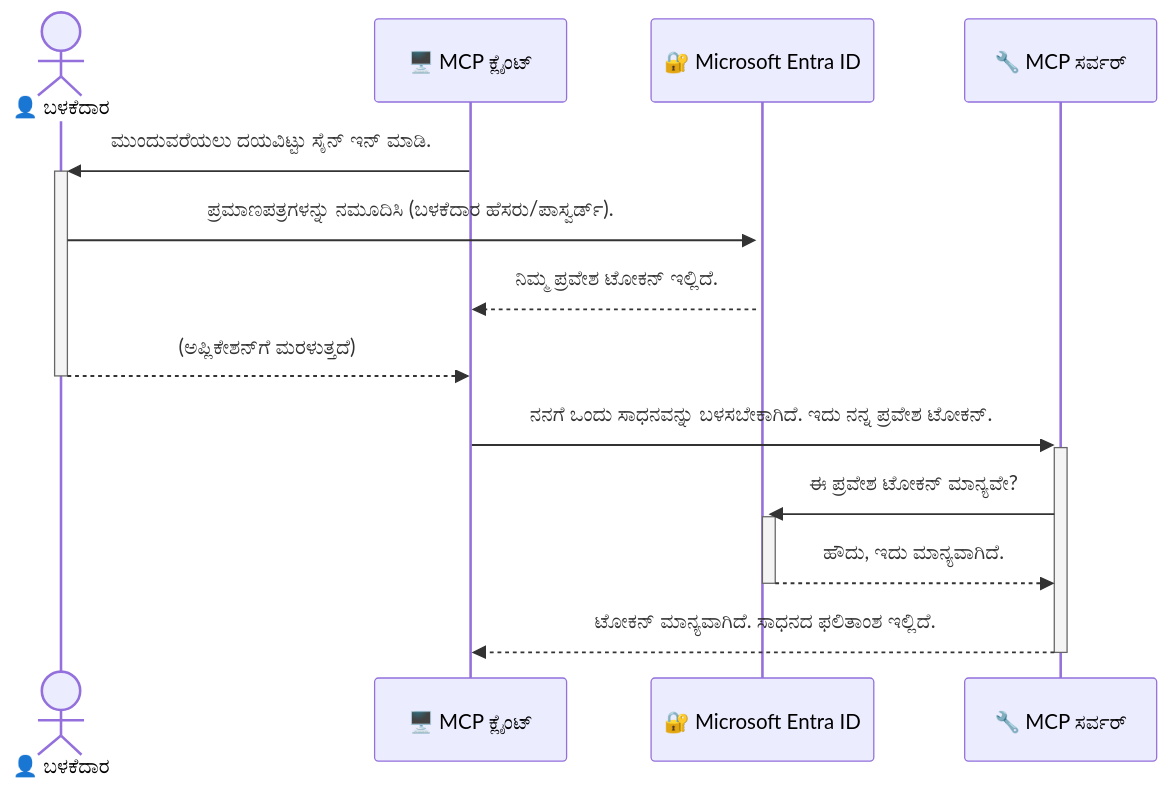
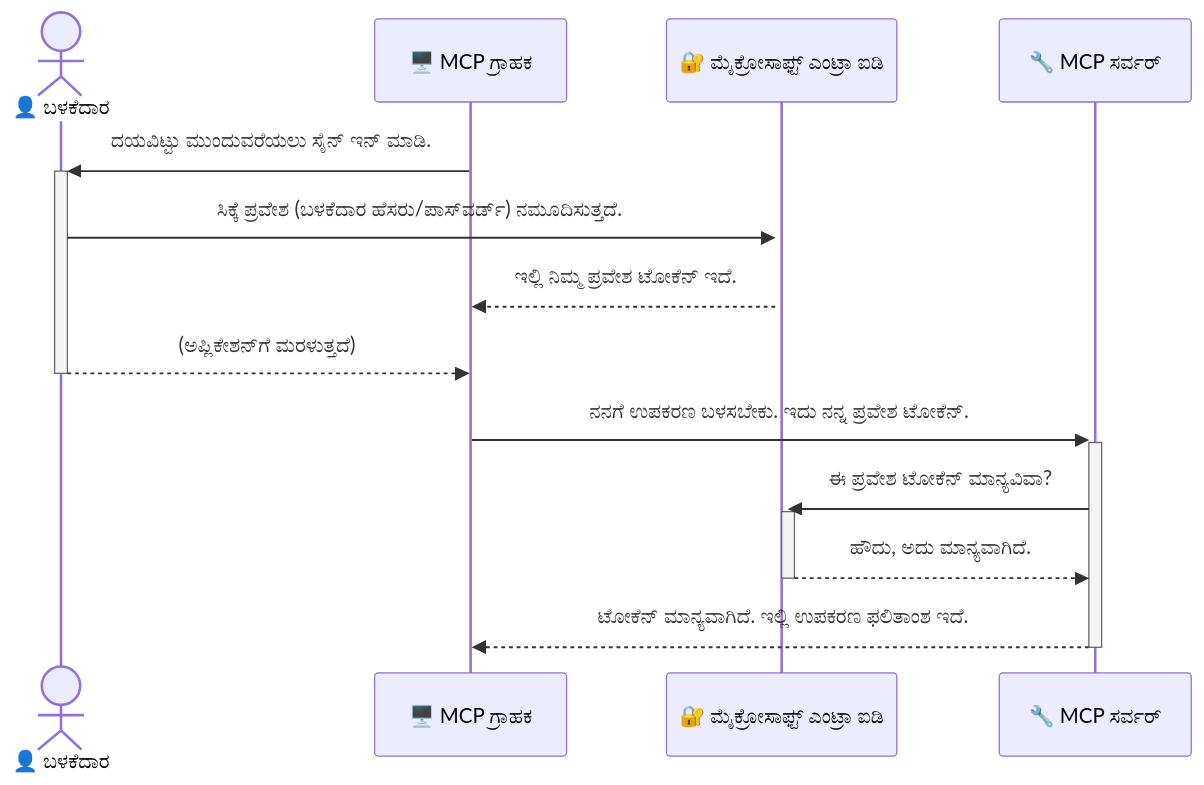
Before and after one commit to HIDORAKAI002/ai-workspace-archive: the diagram in mcp_ecosystem__model_context_protocol/mcp_learning_resources/mcp-for-beginners/translations/kn/05-AdvancedTopics/mcp-security-entra/README.md, drawn with Mermaid. The commit also changed other lines of this file and 1539 other files, not shown here.

Commit message:
chore(sync): Update microsoft/mcp-for-beginners

````diff
--- a/mcp_ecosystem__model_context_protocol/mcp_learning_resources/mcp-for-beginners/translations/kn/05-AdvancedTopics/mcp-security-entra/README.md
+++ b/mcp_ecosystem__model_context_protocol/mcp_learning_resources/mcp-for-beginners/translations/kn/05-AdvancedTopics/mcp-security-entra/README.md
@@ -61,17 +61,17 @@
 ```mermaid
 sequenceDiagram
     actor User as 👤 ಬಳಕೆದಾರ
-    participant Client as 🖥️ MCP ಕ್ಲೈಂಟ್
-    participant Entra as 🔐 Microsoft Entra ID
+    participant Client as 🖥️ MCP ಗ್ರಾಹಕ
+    participant Entra as 🔐 ಮೈಕ್ರೋಸಾಫ್ಟ್ ಎಂಟ್ರಾ ಐಡಿ
     participant Server as 🔧 MCP ಸರ್ವರ್
 
-    Client->>+User: ಮುಂದುವರೆಯಲು ದಯವಿಟ್ಟು ಸೈನ್ ಇನ್ ಮಾಡಿ.
-    User->>+Entra: ಪ್ರಮಾಣಪತ್ರಗಳನ್ನು ನಮೂದಿಸಿ (ಬಳಕೆದಾರ ಹೆಸರು/ಪಾಸ್ವರ್ಡ್).
-    Entra-->>Client: ನಿಮ್ಮ ಪ್ರವೇಶ ಟೋಕನ್ ಇಲ್ಲಿದೆ.
+    Client->>+User: ದಯವಿಟ್ಟು ಮುಂದುವರೆಯಲು ಸೈನ್ ಇನ್ ಮಾಡಿ.
+    User->>+Entra: ಸಿಕ್ಕೆ ಪ್ರವೇಶ (ಬಳಕೆದಾರ ಹೆಸರು/ಪಾಸ್‌ವರ್ಡ್) ನಮೂದಿಸುತ್ತದೆ.
+    Entra-->>Client: ಇಲ್ಲಿ ನಿಮ್ಮ ಪ್ರವೇಶ ಟೋಕೆನ್ ಇದೆ.
     User-->>-Client: (ಅಪ್ಲಿಕೇಶನ್‌ಗೆ ಮರಳುತ್ತದೆ)
 
-    Client->>+Server: ನನಗೆ ಒಂದು ಸಾಧನವನ್ನು ಬಳಸಬೇಕಾಗಿದೆ. ಇದು ನನ್ನ ಪ್ರವೇಶ ಟೋಕನ್.
-    Server->>+Entra: ಈ ಪ್ರವೇಶ ಟೋಕನ್ ಮಾನ್ಯವೇ?
-    Entra-->>-Server: ಹೌದು, ಇದು ಮಾನ್ಯವಾಗಿದೆ.
-    Server-->>-Client: ಟೋಕನ್ ಮಾನ್ಯವಾಗಿದೆ. ಸಾಧನದ ಫಲಿತಾಂಶ ಇಲ್ಲಿದೆ.
+    Client->>+Server: ನನಗೆ ಉಪಕರಣ ಬಳಸಬೇಕು. ಇದು ನನ್ನ ಪ್ರವೇಶ ಟೋಕೆನ್.
+    Server->>+Entra: ಈ ಪ್ರವೇಶ ಟೋಕೆನ್ ಮಾನ್ಯವಿವಾ?
+    Entra-->>-Server: ಹೌದು, ಅದು ಮಾನ್ಯವಾಗಿದೆ.
+    Server-->>-Client: ಟೋಕೆನ್ ಮಾನ್ಯವಾಗಿದೆ. ಇಲ್ಲಿ ಉಪಕರಣ ಫಲಿತಾಂಶ ಇದೆ.
 ```
````
